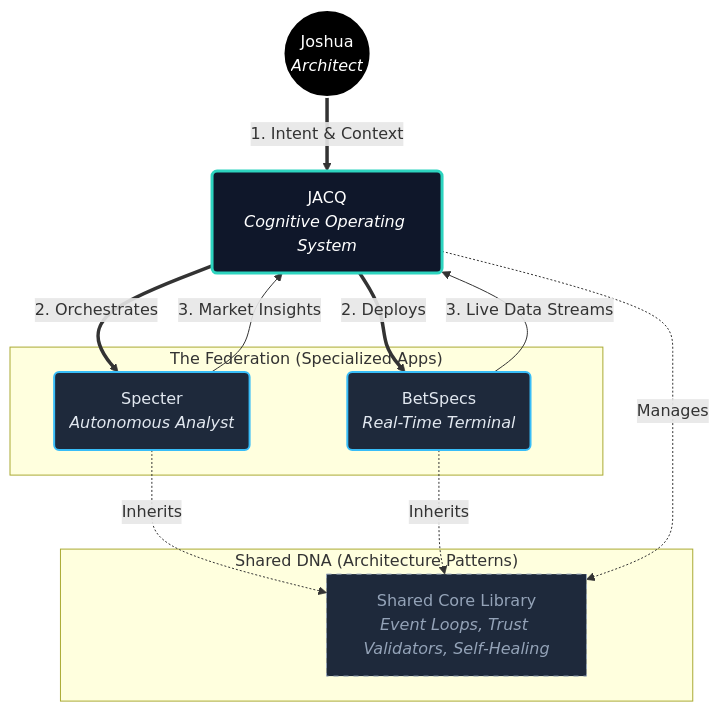
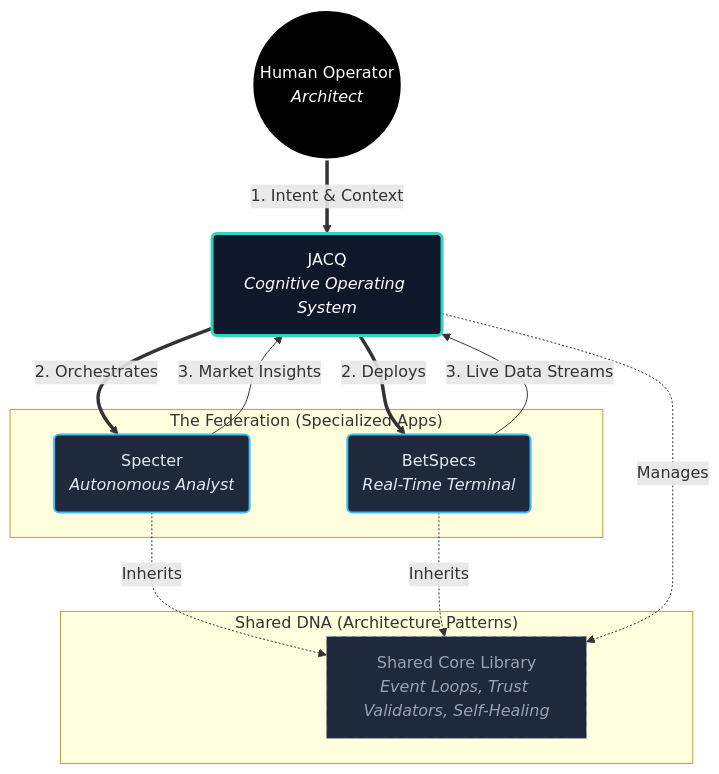
Before and after one commit to shifujosh/shifujosh: the diagram in assets/portfolio_ecosystem.mmd, drawn with Mermaid. The commit also changed 1 other file, not shown here.

Commit message:
style: refine portfolio ecosystem diagram (flat theme, human operator)

```diff
--- a/assets/portfolio_ecosystem.mmd
+++ b/assets/portfolio_ecosystem.mmd
@@ -1,34 +1,34 @@
 graph TD
-    %% Styling - Dark Mode & Neon Accents
-    classDef hub fill:#0f172a,stroke:#2dd4bf,stroke-width:3px,color:#fff,shadow:0 0 10px #2dd4bf;
+    %% Styling - Flat Dark Mode
+    classDef hub fill:#0f172a,stroke:#2dd4bf,stroke-width:3px,color:#fff;
     classDef app fill:#1e293b,stroke:#38bdf8,stroke-width:2px,color:#e2e8f0;
     classDef shared fill:#1e293b,stroke:#94a3b8,stroke-width:1px,stroke-dasharray: 5 5,color:#94a3b8;
     classDef actor fill:#000000,stroke:#fff,stroke-width:2px,color:#fff;
 
     %% Nodes
-    User((Joshua<br/><i>Architect</i>)):::actor
+    User((Human Operator<br/><i>Architect</i>)):::actor
     
     JACQ(JACQ<br/><i>Cognitive Operating System</i>):::hub
     
     subgraph "The Federation (Specialized Apps)"
         Specter(Specter<br/><i>Autonomous Analyst</i>):::app
         BetSpecs(BetSpecs<br/><i>Real-Time Terminal</i>):::app
     end
 
     subgraph "Shared DNA (Architecture Patterns)"
         Patterns[Shared Core Library<br/><i>Event Loops, Trust Validators, Self-Healing</i>]:::shared
     end
 
     %% Connections
     User ==>|1. Intent & Context| JACQ
     
     JACQ ==>|2. Orchestrates| Specter
     JACQ ==>|2. Deploys| BetSpecs
     
     Specter -.->|Inherits| Patterns
     BetSpecs -.->|Inherits| Patterns
     JACQ -.->|Manages| Patterns
     
     %% Feedback Loops
     Specter -- 3. Market Insights --> JACQ
     BetSpecs -- 3. Live Data Streams --> JACQ
```
